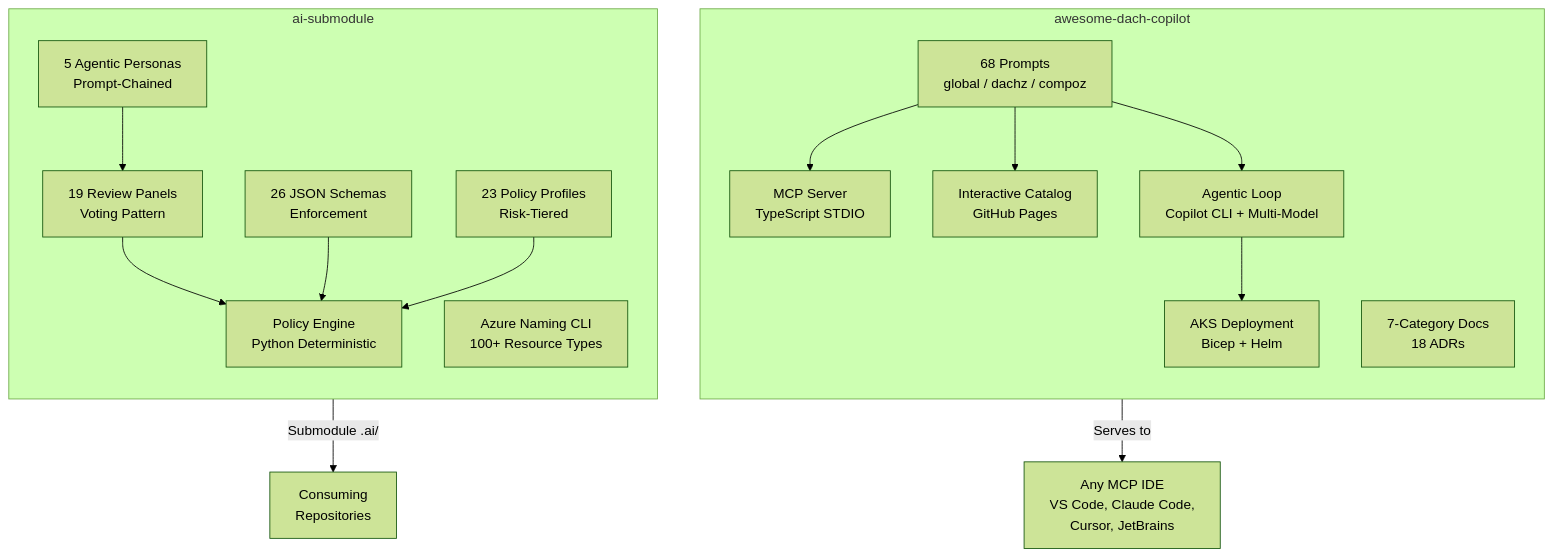
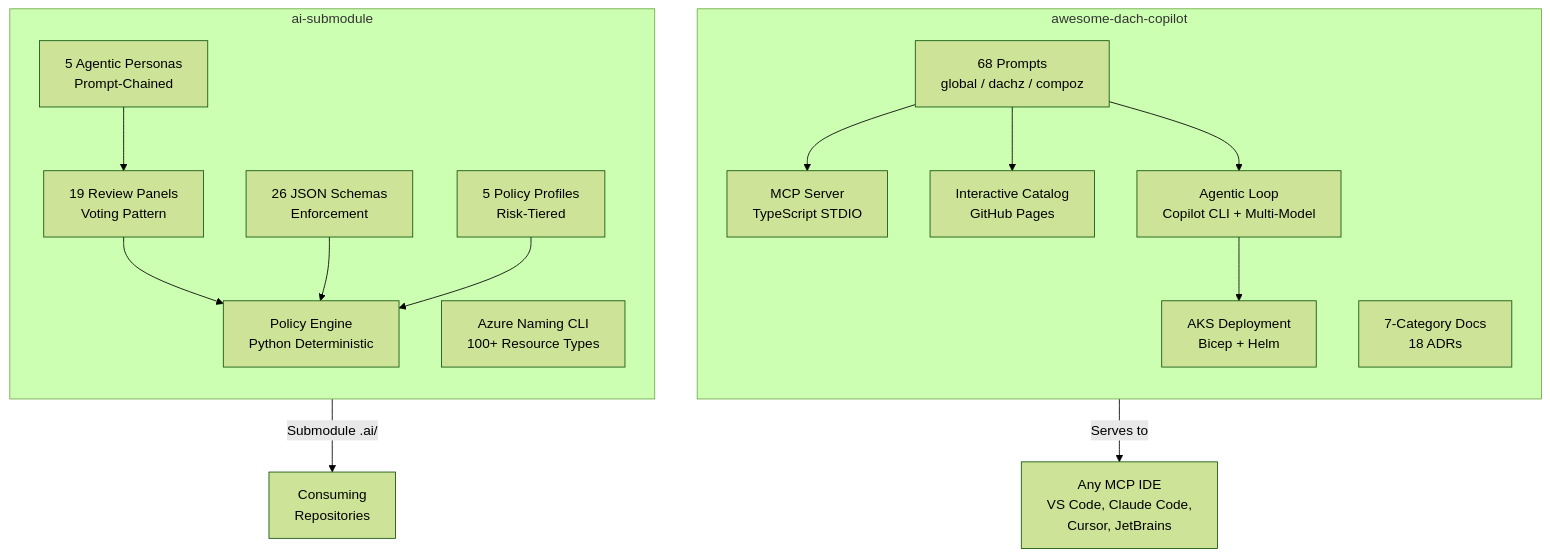
One commit to convergent-systems-co/dark-factory-governance changed the first of 11 diagrams in .governance/plans/424-mcp-server-integration-report.md. Above: the diagram before and after it, drawn with Mermaid (forest theme). The commit also changed other lines of this file and 18 other files, not shown here.

````diff
--- a/.governance/plans/424-mcp-server-integration-report.md
+++ b/.governance/plans/424-mcp-server-integration-report.md
@@ -35,35 +35,35 @@
 ```mermaid
 graph TB
     subgraph ADC["awesome-dach-copilot"]
         direction TB
         ADC_PROMPTS["68 Prompts<br/>global / dachz / compoz"]
         ADC_MCP["MCP Server<br/>TypeScript STDIO"]
         ADC_CATALOG["Interactive Catalog<br/>GitHub Pages"]
         ADC_AGENTIC["Agentic Loop<br/>Copilot CLI + Multi-Model"]
         ADC_DEPLOY["AKS Deployment<br/>Bicep + Helm"]
         ADC_DOCS["7-Category Docs<br/>18 ADRs"]
 
         ADC_PROMPTS --> ADC_MCP
         ADC_PROMPTS --> ADC_CATALOG
         ADC_PROMPTS --> ADC_AGENTIC
         ADC_AGENTIC --> ADC_DEPLOY
     end
 
     subgraph AIS["ai-submodule"]
         direction TB
         AIS_PANELS["19 Review Panels<br/>Voting Pattern"]
         AIS_ENGINE["Policy Engine<br/>Python Deterministic"]
         AIS_SCHEMAS["26 JSON Schemas<br/>Enforcement"]
-        AIS_POLICY["23 Policy Profiles<br/>Risk-Tiered"]
+        AIS_POLICY["5 Policy Profiles<br/>Risk-Tiered"]
         AIS_PERSONAS["5 Agentic Personas<br/>Prompt-Chained"]
         AIS_NAMING["Azure Naming CLI<br/>100+ Resource Types"]
 
         AIS_PANELS --> AIS_ENGINE
         AIS_SCHEMAS --> AIS_ENGINE
         AIS_POLICY --> AIS_ENGINE
         AIS_PERSONAS --> AIS_PANELS
     end
 
     ADC_MCP -->|"Serves to"| IDES["Any MCP IDE<br/>VS Code, Claude Code,<br/>Cursor, JetBrains"]
     AIS_ENGINE -->|"Submodule .ai/"| REPOS["Consuming<br/>Repositories"]
 ```
````
